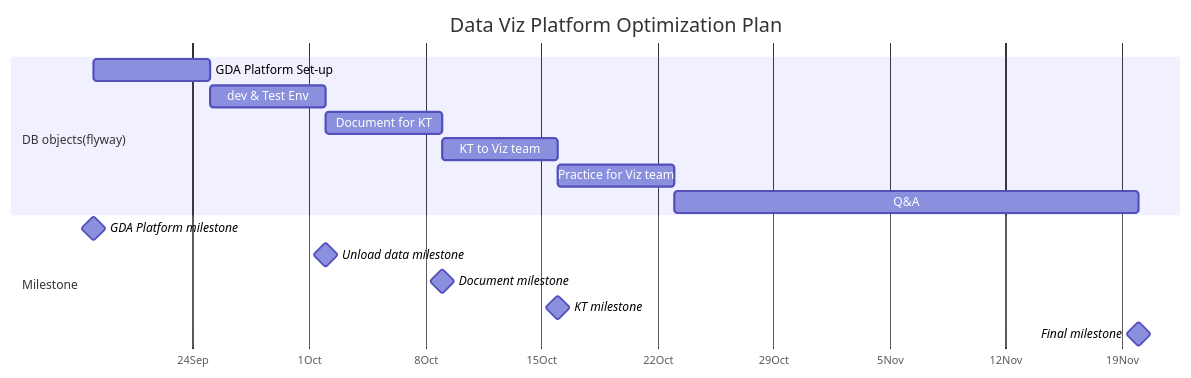
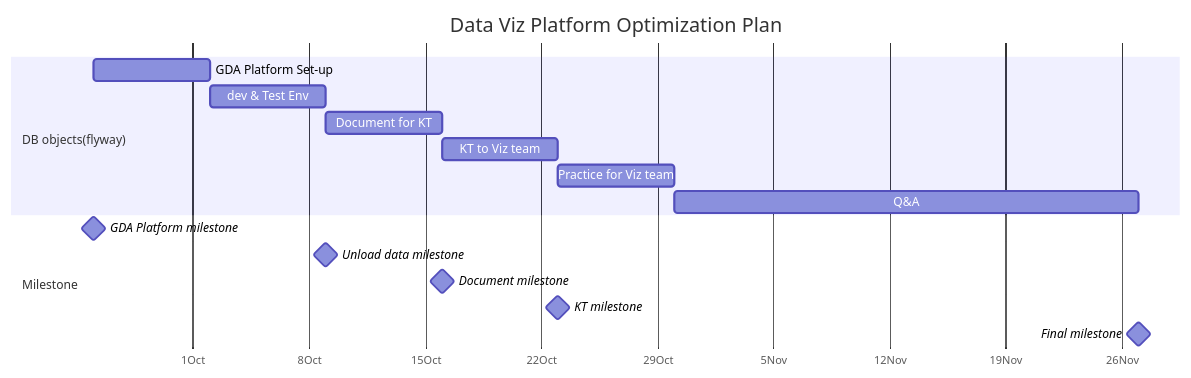
The diagram in Plan.md (Jamesxuxiao/plan), drawn with Mermaid before and after one commit.

````diff
--- a/Plan.md
+++ b/Plan.md
@@ -6,28 +6,28 @@
 ```mermaid
 gantt
     dateFormat  YYYY-MM-DD
     title       Data Viz Platform Optimization Plan
     axisFormat %e%b
     todayMarker on
     %%excludes    weekends
     tickInterval 1week
     %% (`excludes` accepts specific dates in YYYY-MM-DD format, days of the week ("sunday") or "weekends", but not the word "weekdays".)
 
 
     section A ridiculously <br> long section <br> name
 
     section DB objects(flyway)
     GDA Platform Set-up         :    des11, after m0, 1w
     dev & Test Env              :    des12, after des11, 1w
     Document for KT             :    des13, after des12, 1w
     KT to Viz team              :    des14, after des13, 1w
     Practice for Viz team       :    des15, after des14, 1w
     Q&A                         :    des16, after des15, 4w
 
     section Milestone
-    GDA Platform milestone      : milestone, m0, 2023-09-18,2min
+    GDA Platform milestone      : milestone, m0, 2023-09-25,2min
     Unload data milestone       : milestone, m1, after des12, 2min
     Document milestone          : milestone, m2, after des13, 2min
     KT milestone                : milestone, m3, after des14, 2min
     Final milestone             : milestone, m5, after des16, 2min
 ```
````
